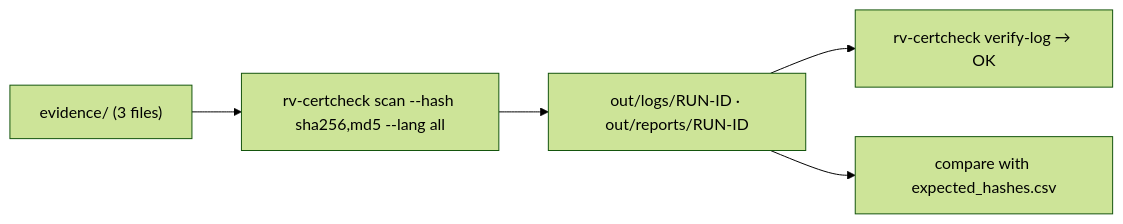
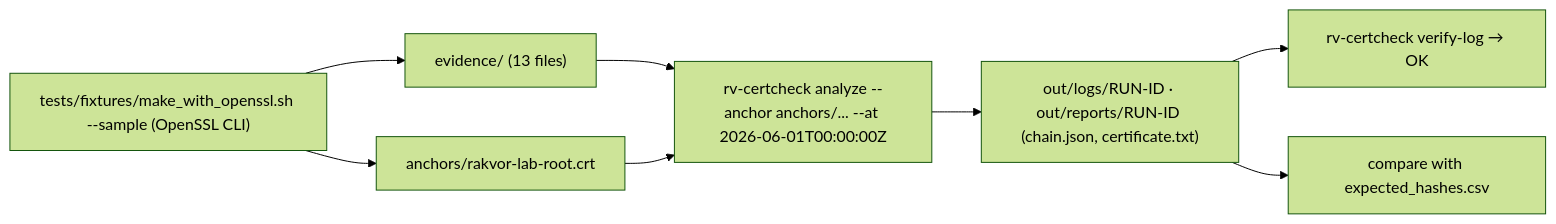
One commit to Panacota96/rv-certcheck changed the diagram in examples/README.md. Above: the diagram before and after it, drawn with Mermaid (forest theme). The commit also changed other lines of this file and 115 other files, not shown here.

````diff
--- a/examples/README.md
+++ b/examples/README.md
@@ -14,7 +31,10 @@
 ```mermaid
 flowchart LR
-    E["evidence/ (3 files)"] --> S["rv-certcheck scan --hash sha256,md5 --lang all"]
-    S --> O["out/logs/RUN-ID · out/reports/RUN-ID"]
+    G["tests/fixtures/make_with_openssl.sh --sample (OpenSSL CLI)"] --> E["evidence/ (13 files)"]
+    G --> A["anchors/rakvor-lab-root.crt"]
+    E --> S["rv-certcheck analyze --anchor anchors/... --at 2026-06-01T00:00:00Z"]
+    A --> S
+    S --> O["out/logs/RUN-ID · out/reports/RUN-ID (chain.json, certificate.txt)"]
     O --> V["rv-certcheck verify-log → OK"]
     O --> C["compare with expected_hashes.csv"]
 ```
````
